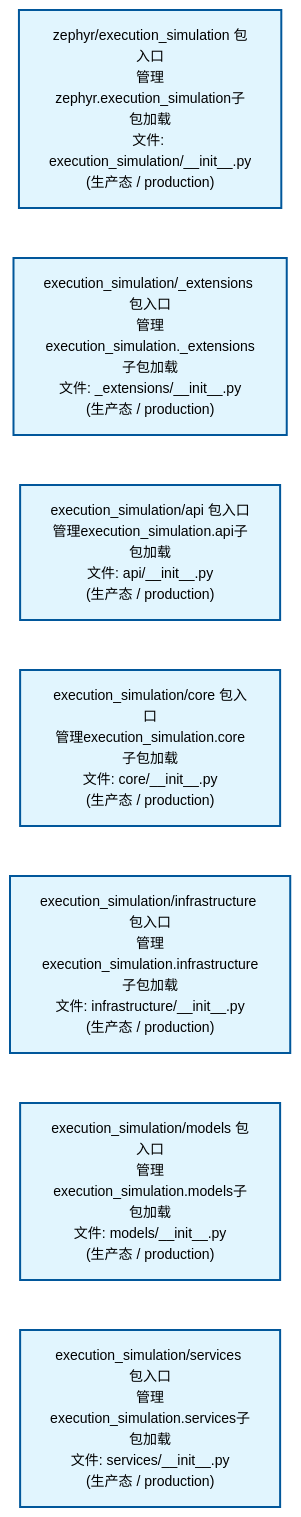
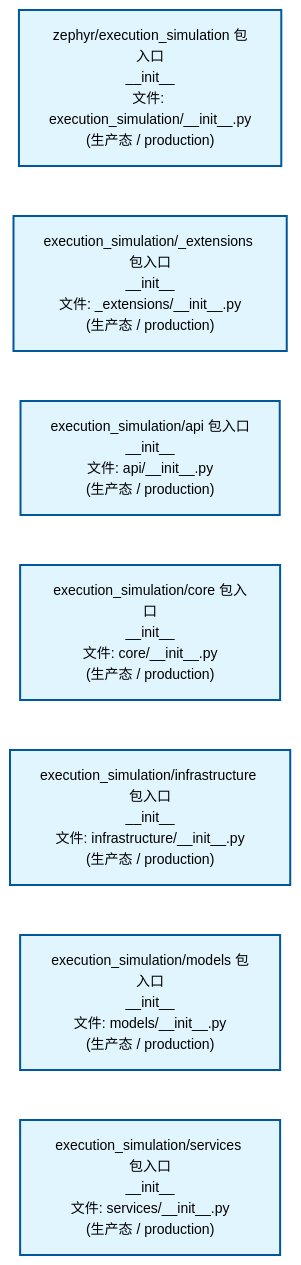
The second of 2 diagrams in docs/02_enterprise_architecture/02_domain_architecture_docs/43_d_exec_sim.md (xuanFelixVan/ZephyrAlpha), drawn with Mermaid before and after one commit. The commit also changed other lines of this file and 56 other files, not shown here.

````diff
--- a/docs/02_enterprise_architecture/02_domain_architecture_docs/43_d_exec_sim.md
+++ b/docs/02_enterprise_architecture/02_domain_architecture_docs/43_d_exec_sim.md
@@ -80,22 +80,22 @@
 ```mermaid
 %%{init: {'theme': 'base', 'themeVariables': {'primaryColor': '#eaeaea', 'primaryTextColor': '#333333', 'primaryBorderColor': '#666666', 'lineColor': '#666666', 'secondaryColor': '#eaeaea', 'tertiaryColor': '#eaeaea', 'fontSize': '14px'}}}%%
 flowchart TD
-    src_zephyr_execution_simulation_init_py["zephyr/execution_simulation 包入口<br/>管理zephyr.execution_simulation子包加载<br/>文件: execution_simulation/__init__.py<br/>(生产态 / production)"]
-    src_zephyr_execution_simulation_extensions_init_py["execution_simulation/_extensions 包入口<br/>管理execution_simulation._extensions子包加载<br/>文件: _extensions/__init__.py<br/>(生产态 / production)"]
-    src_zephyr_execution_simulation_api_init_py["execution_simulation/api 包入口<br/>管理execution_simulation.api子包加载<br/>文件: api/__init__.py<br/>(生产态 / production)"]
-    src_zephyr_execution_simulation_core_init_py["execution_simulation/core 包入口<br/>管理execution_simulation.core子包加载<br/>文件: core/__init__.py<br/>(生产态 / production)"]
-    src_zephyr_execution_simulation_infrastructure_init_py["execution_simulation/infrastructure 包入口<br/>管理execution_simulation.infrastructure子包加载<br/>文件: infrastructure/__init__.py<br/>(生产态 / production)"]
-    src_zephyr_execution_simulation_models_init_py["execution_simulation/models 包入口<br/>管理execution_simulation.models子包加载<br/>文件: models/__init__.py<br/>(生产态 / production)"]
-    src_zephyr_execution_simulation_services_init_py["execution_simulation/services 包入口<br/>管理execution_simulation.services子包加载<br/>文件: services/__init__.py<br/>(生产态 / production)"]
+    src_zephyr_execution_simulation_init_py["zephyr/execution_simulation 包入口<br/>__init__<br/>文件: execution_simulation/__init__.py<br/>(生产态 / production)"]
+    src_zephyr_execution_simulation_extensions_init_py["execution_simulation/_extensions 包入口<br/>__init__<br/>文件: _extensions/__init__.py<br/>(生产态 / production)"]
+    src_zephyr_execution_simulation_api_init_py["execution_simulation/api 包入口<br/>__init__<br/>文件: api/__init__.py<br/>(生产态 / production)"]
+    src_zephyr_execution_simulation_core_init_py["execution_simulation/core 包入口<br/>__init__<br/>文件: core/__init__.py<br/>(生产态 / production)"]
+    src_zephyr_execution_simulation_infrastructure_init_py["execution_simulation/infrastructure 包入口<br/>__init__<br/>文件: infrastructure/__init__.py<br/>(生产态 / production)"]
+    src_zephyr_execution_simulation_models_init_py["execution_simulation/models 包入口<br/>__init__<br/>文件: models/__init__.py<br/>(生产态 / production)"]
+    src_zephyr_execution_simulation_services_init_py["execution_simulation/services 包入口<br/>__init__<br/>文件: services/__init__.py<br/>(生产态 / production)"]
     src_zephyr_execution_simulation_init_py ~~~ src_zephyr_execution_simulation_extensions_init_py
     src_zephyr_execution_simulation_extensions_init_py ~~~ src_zephyr_execution_simulation_api_init_py
     src_zephyr_execution_simulation_api_init_py ~~~ src_zephyr_execution_simulation_core_init_py
     src_zephyr_execution_simulation_core_init_py ~~~ src_zephyr_execution_simulation_infrastructure_init_py
     src_zephyr_execution_simulation_infrastructure_init_py ~~~ src_zephyr_execution_simulation_models_init_py
     src_zephyr_execution_simulation_models_init_py ~~~ src_zephyr_execution_simulation_services_init_py
     classDef production fill:#e1f5fe,stroke:#01579b,stroke-width:2px,color:#000
     classDef design fill:#fff3e0,stroke:#e65100,stroke-width:2px,color:#000,stroke-dasharray: 5 5
     classDef external_prod fill:#e8f4fd,stroke:#0277bd,stroke-width:1px,color:#000
     classDef external_design fill:#fff8e7,stroke:#ef6c00,stroke-width:1px,color:#000,stroke-dasharray: 5 5
     class src_zephyr_execution_simulation_init_py,src_zephyr_execution_simulation_extensions_init_py,src_zephyr_execution_simulation_api_init_py,src_zephyr_execution_simulation_core_init_py,src_zephyr_execution_simulation_infrastructure_init_py,src_zephyr_execution_simulation_models_init_py,src_zephyr_execution_simulation_services_init_py production
 ```
````
